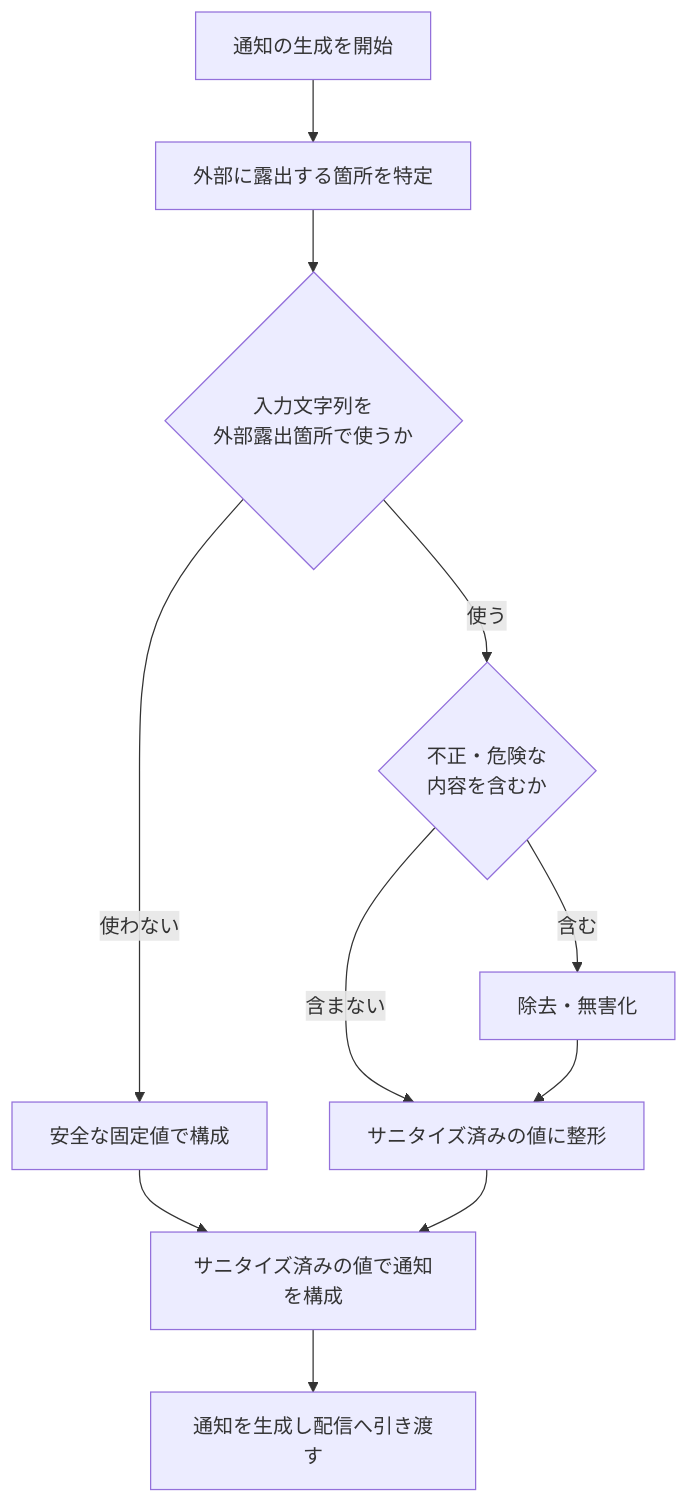
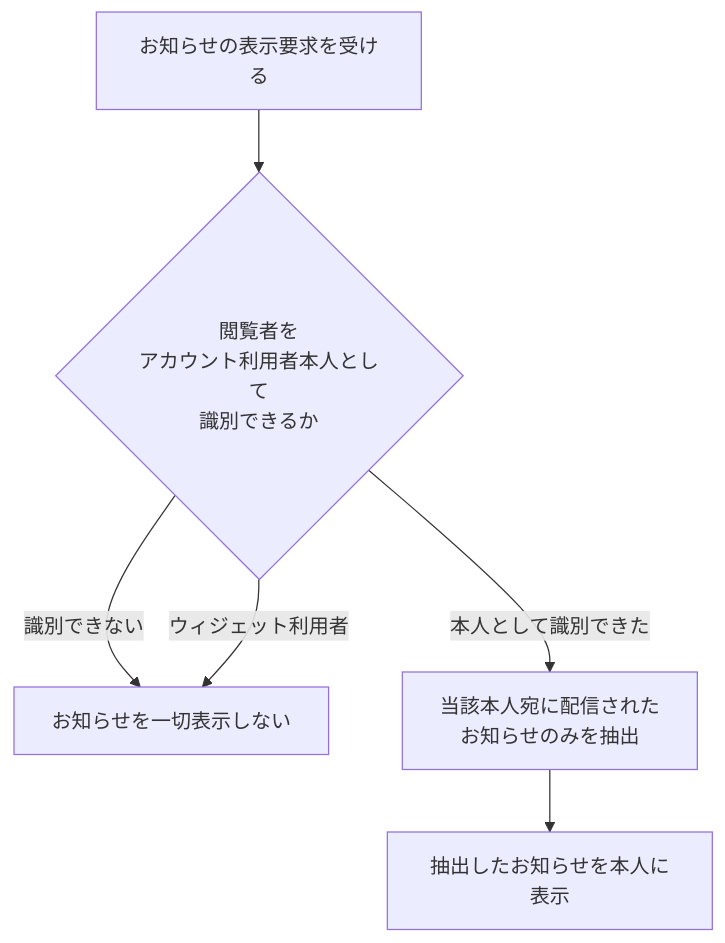
Before and after one commit to sikakou54/open-faq: the diagram in 02_basic_design/02_backend/01_system/SYS-011.md, drawn with Mermaid. The commit also changed other lines of this file and 395 other files, not shown here.

````diff
--- a/02_basic_design/02_backend/01_system/SYS-011.md
+++ b/02_basic_design/02_backend/01_system/SYS-011.md
@@ -34,13 +26,8 @@
 ```mermaid
 flowchart TB
-  A[通知の生成を開始] --> B[外部に露出する箇所を特定]
-  B --> C{入力文字列を<br/>外部露出箇所で使うか}
-  C -- 使わない --> D[安全な固定値で構成]
-  C -- 使う --> E{不正・危険な<br/>内容を含むか}
-  E -- 含む --> F[除去・無害化]
-  E -- 含まない --> G[サニタイズ済みの値に整形]
-  F --> G
-  D --> H[サニタイズ済みの値で通知を構成]
-  G --> H
-  H --> I[通知を生成し配信へ引き渡す]
+  A[お知らせの表示要求を受ける] --> B{閲覧者を<br/>アカウント利用者本人として<br/>識別できるか}
+  B -- 識別できない --> C[お知らせを一切表示しない]
+  B -- ウィジェット利用者 --> C
+  B -- 本人として識別できた --> D[当該本人宛に配信された<br/>お知らせのみを抽出]
+  D --> E[抽出したお知らせを本人に表示]
 ```
````
